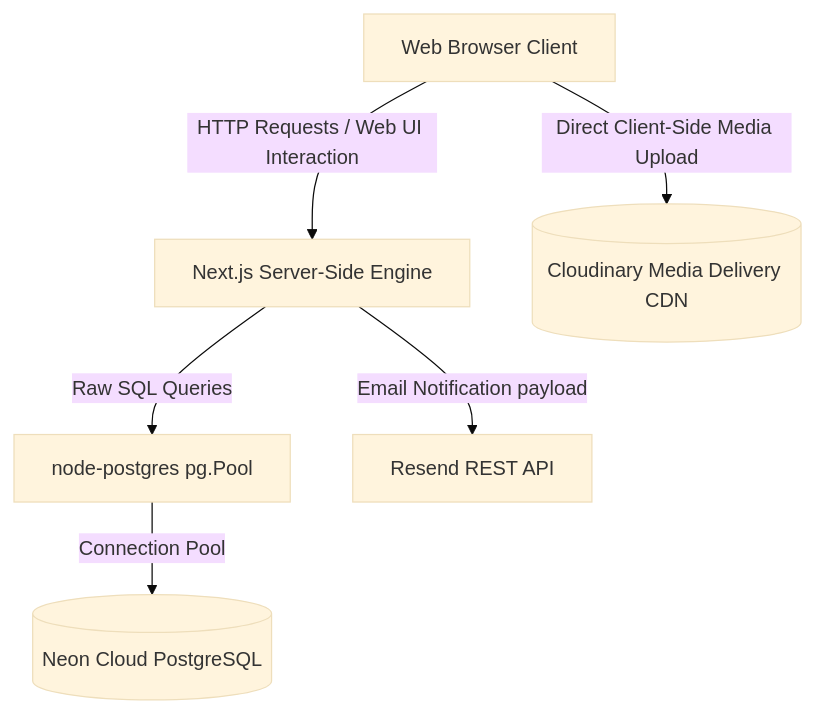
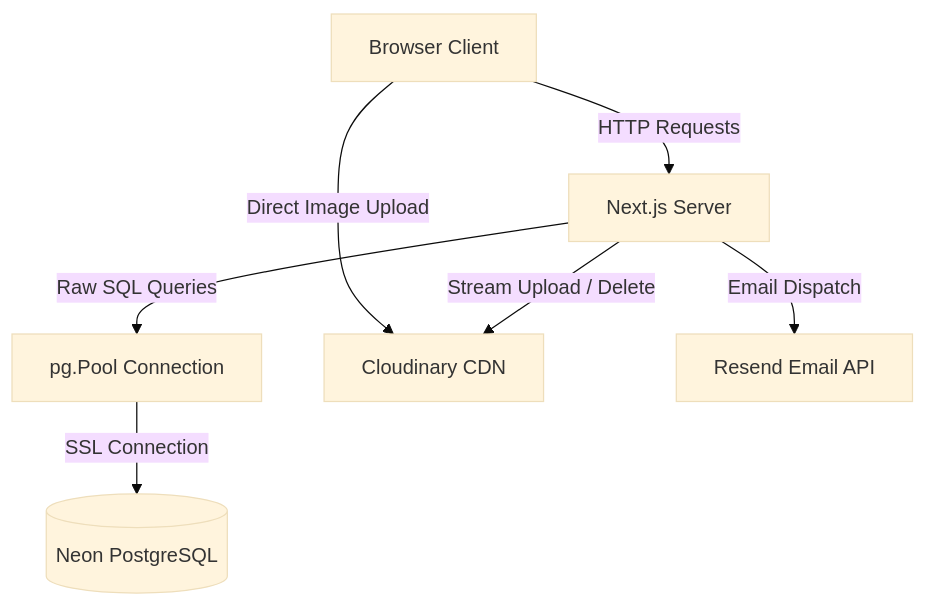
One commit to Abubakkar-Khan/css_iiui changed the first of 8 diagrams in README.md. Above: the diagram before and after it, drawn with Mermaid (base theme). The commit also changed other lines of this file and 7 other files, not shown here.

````diff
--- a/README.md
+++ b/README.md
@@ -12,15 +89,16 @@
 ```mermaid
 graph TD
-    Client[Web Browser Client]
-    NextServer[Next.js Server-Side Engine]
-    Pool[node-postgres pg.Pool]
-    DB[(Neon Cloud PostgreSQL)]
-    Cloudinary[(Cloudinary Media Delivery CDN)]
-    Resend[Resend REST API]
+    Browser["Browser Client"]
+    NextServer["Next.js Server"]
+    Pool["pg.Pool Connection"]
+    NeonDB[("Neon PostgreSQL")]
+    CDN["Cloudinary CDN"]
+    Resend["Resend Email API"]
 
-    Client -- HTTP Requests / Web UI Interaction --> NextServer
-    NextServer -- Raw SQL Queries --> Pool
-    Pool -- Connection Pool --> DB
-    Client -- Direct Client-Side Media Upload --> Cloudinary
-    NextServer -- Email Notification payload --> Resend
+    Browser -- "HTTP Requests" --> NextServer
+    NextServer -- "Raw SQL Queries" --> Pool
+    Pool -- "SSL Connection" --> NeonDB
+    Browser -- "Direct Image Upload" --> CDN
+    NextServer -- "Stream Upload / Delete" --> CDN
+    NextServer -- "Email Dispatch" --> Resend
 ```
````
